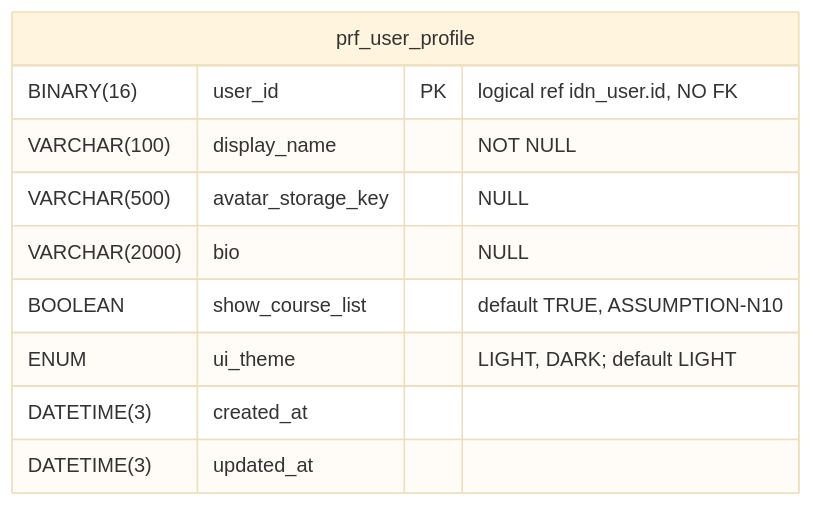
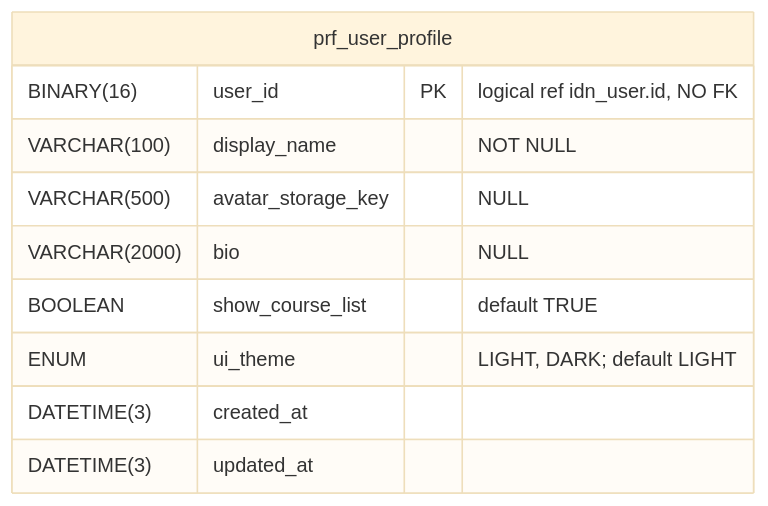
The third of 11 diagrams in docs/THIET_KE_CSDL.md (buithienbao2402/BrainMemo-ModularMonolith), drawn with Mermaid (base theme) before and after one commit. The commit also changed other lines of this file and 1 other file, not shown here.

````diff
--- a/docs/THIET_KE_CSDL.md
+++ b/docs/THIET_KE_CSDL.md
@@ -466,13 +460,13 @@
 ```mermaid
 erDiagram
     prf_user_profile {
         BINARY(16) user_id PK "logical ref idn_user.id, NO FK"
         VARCHAR(100) display_name "NOT NULL"
         VARCHAR(500) avatar_storage_key "NULL"
         VARCHAR(2000) bio "NULL"
-        BOOLEAN show_course_list "default TRUE, ASSUMPTION-N10"
+        BOOLEAN show_course_list "default TRUE"
         ENUM ui_theme "LIGHT, DARK; default LIGHT"
         DATETIME(3) created_at
         DATETIME(3) updated_at
     }
 ```
````
